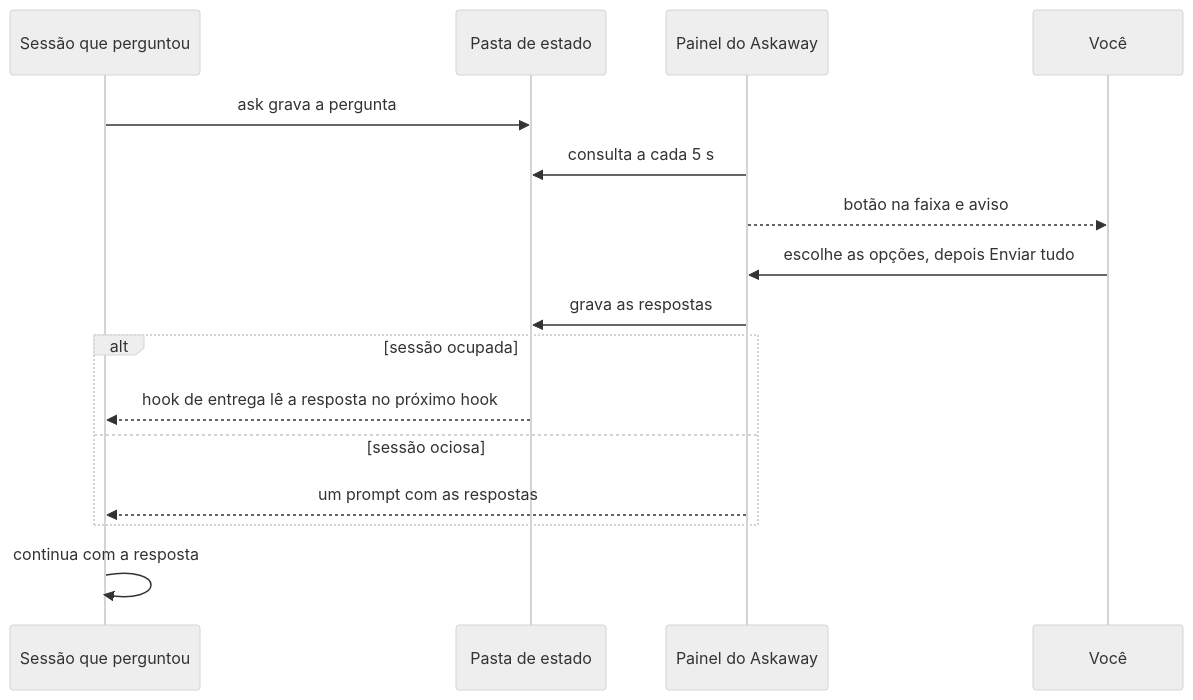
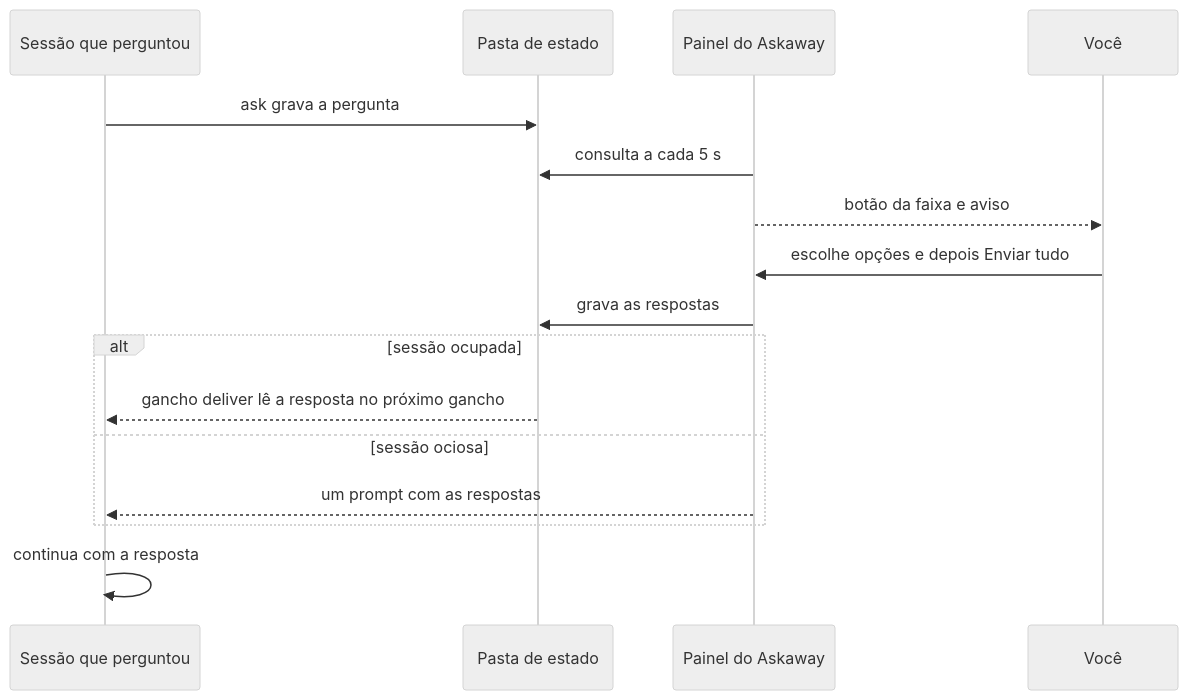
Before and after one commit to KeepGlide/askaway: the second of 2 diagrams in README.pt-BR.md, drawn with Mermaid (neutral theme). The commit also changed other lines of this file and 5 other files, not shown here.

````diff
--- a/README.pt-BR.md
+++ b/README.pt-BR.md
@@ -49,18 +47,18 @@
 ```mermaid
 sequenceDiagram
     participant Agent as Sessão que perguntou
     participant Folder as Pasta de estado
     participant Panel as Painel do Askaway
     participant You as Você
     Agent->>Folder: ask grava a pergunta
     Panel->>Folder: consulta a cada 5 s
-    Panel-->>You: botão na faixa e aviso
-    You->>Panel: escolhe as opções, depois Enviar tudo
+    Panel-->>You: botão da faixa e aviso
+    You->>Panel: escolhe opções e depois Enviar tudo
     Panel->>Folder: grava as respostas
     alt sessão ocupada
-        Folder-->>Agent: hook de entrega lê a resposta no próximo hook
+        Folder-->>Agent: gancho deliver lê a resposta no próximo gancho
     else sessão ociosa
         Panel-->>Agent: um prompt com as respostas
     end
     Agent->>Agent: continua com a resposta
 ```
````
